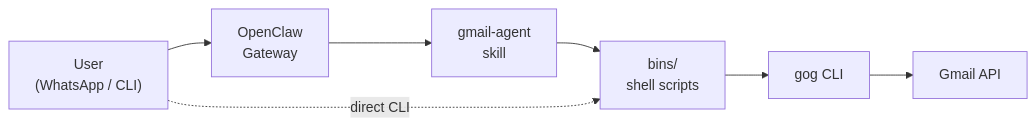
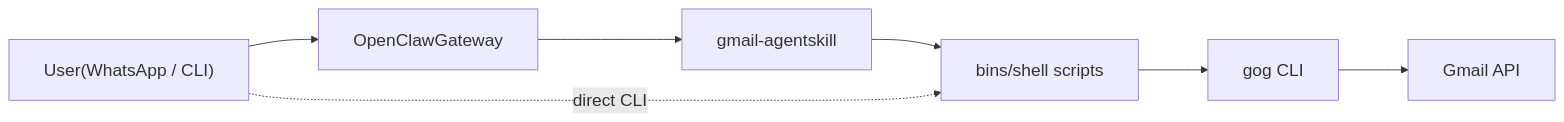
The diagram in README.md (r39132/gmail-agent), drawn with Mermaid before and after one commit. The commit also changed other lines of this file, not shown here.

Commit message:
Fix ClawHub badge URL and add version number

````diff
--- a/README.md
+++ b/README.md
@@ -69,12 +69,13 @@
 ```mermaid
+%%{init: {'theme':'default', 'themeVariables': {'fontSize': '20px'}, 'flowchart': {'nodeSpacing': 50, 'rankSpacing': 80, 'padding': 20}}}%%
 flowchart LR
-    User["User\n(WhatsApp / CLI)"]
-    OC["OpenClaw\nGateway"]
-    Skill["gmail-agent\nskill"]
-    Scripts["bins/\nshell scripts"]
+    User["User(WhatsApp / CLI)"]
+    OC["OpenClawGateway"]
+    Skill["gmail-agentskill"]
+    Scripts["bins/shell scripts"]
     GOG["gog CLI"]
     Gmail["Gmail API"]
 
     User --> OC --> Skill --> Scripts --> GOG --> Gmail
     User -.->|"direct CLI"| Scripts
 ```
````
